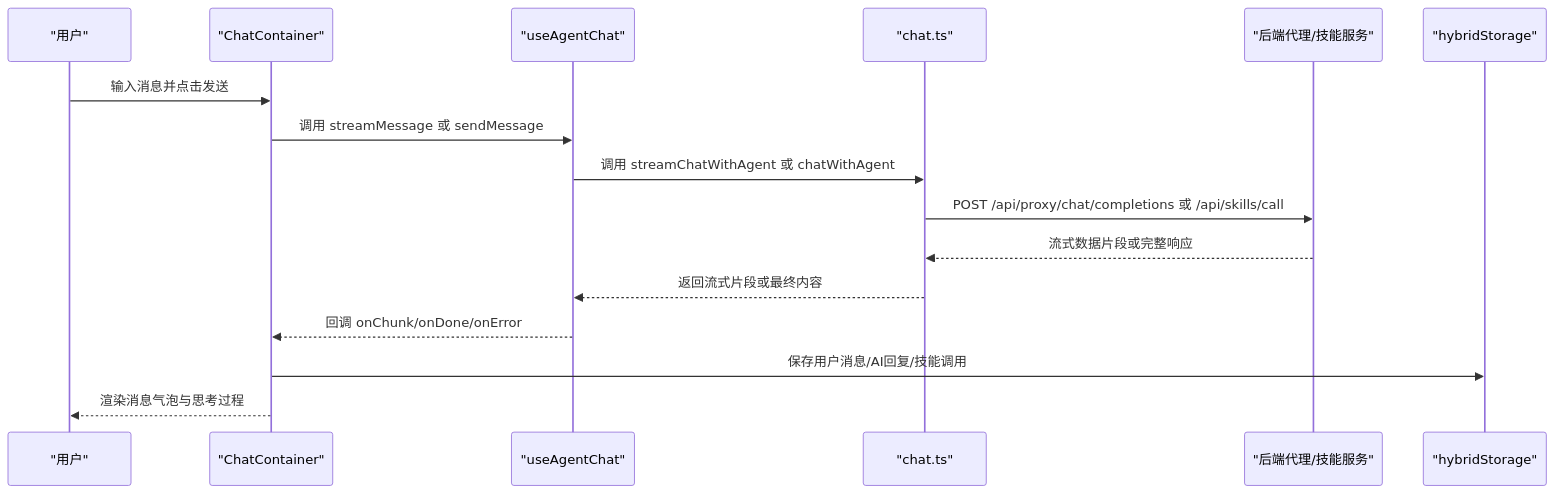
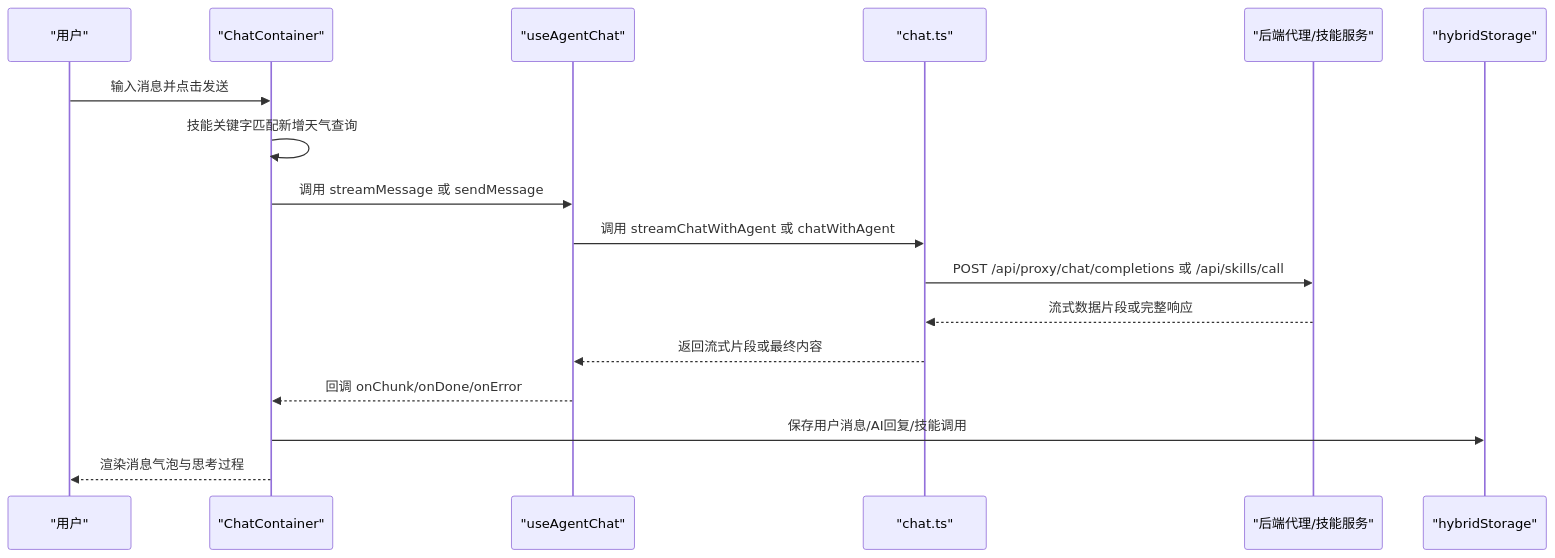
The second of 9 diagrams in .qoder/repowiki/zh/content/聊天交互/聊天交互.md (filenew1/AutoMate), drawn with Mermaid before and after one commit. The commit also changed other lines of this file and 7 other files, not shown here.

````diff
--- a/.qoder/repowiki/zh/content/聊天交互/聊天交互.md
+++ b/.qoder/repowiki/zh/content/聊天交互/聊天交互.md
@@ -95,18 +108,19 @@
 ```mermaid
 sequenceDiagram
 participant U as "用户"
 participant CC as "ChatContainer"
 participant UC as "useAgentChat"
 participant CT as "chat.ts"
 participant API as "后端代理/技能服务"
 participant HS as "hybridStorage"
 U->>CC : 输入消息并点击发送
+CC->>CC : 技能关键字匹配新增天气查询
 CC->>UC : 调用 streamMessage 或 sendMessage
 UC->>CT : 调用 streamChatWithAgent 或 chatWithAgent
 CT->>API : POST /api/proxy/chat/completions 或 /api/skills/call
 API-->>CT : 流式数据片段或完整响应
 CT-->>UC : 返回流式片段或最终内容
 UC-->>CC : 回调 onChunk/onDone/onError
 CC->>HS : 保存用户消息/AI回复/技能调用
 CC-->>U : 渲染消息气泡与思考过程
 ```
````
